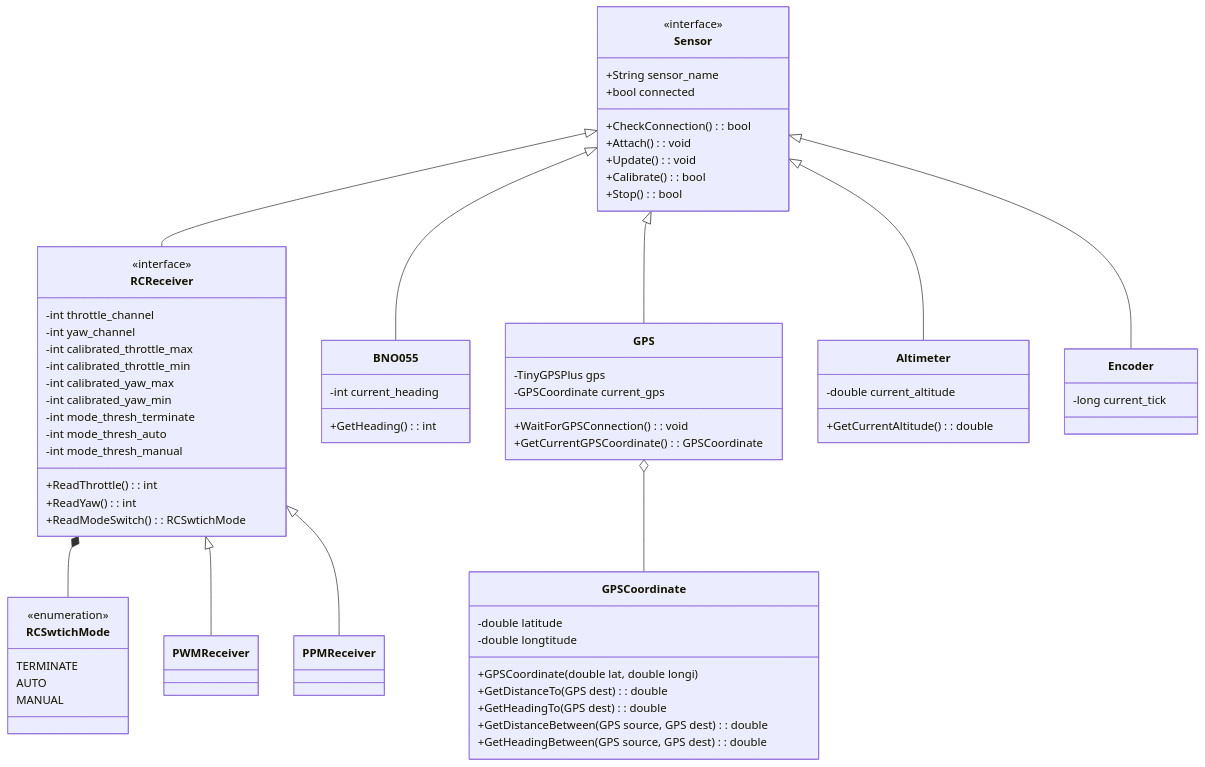
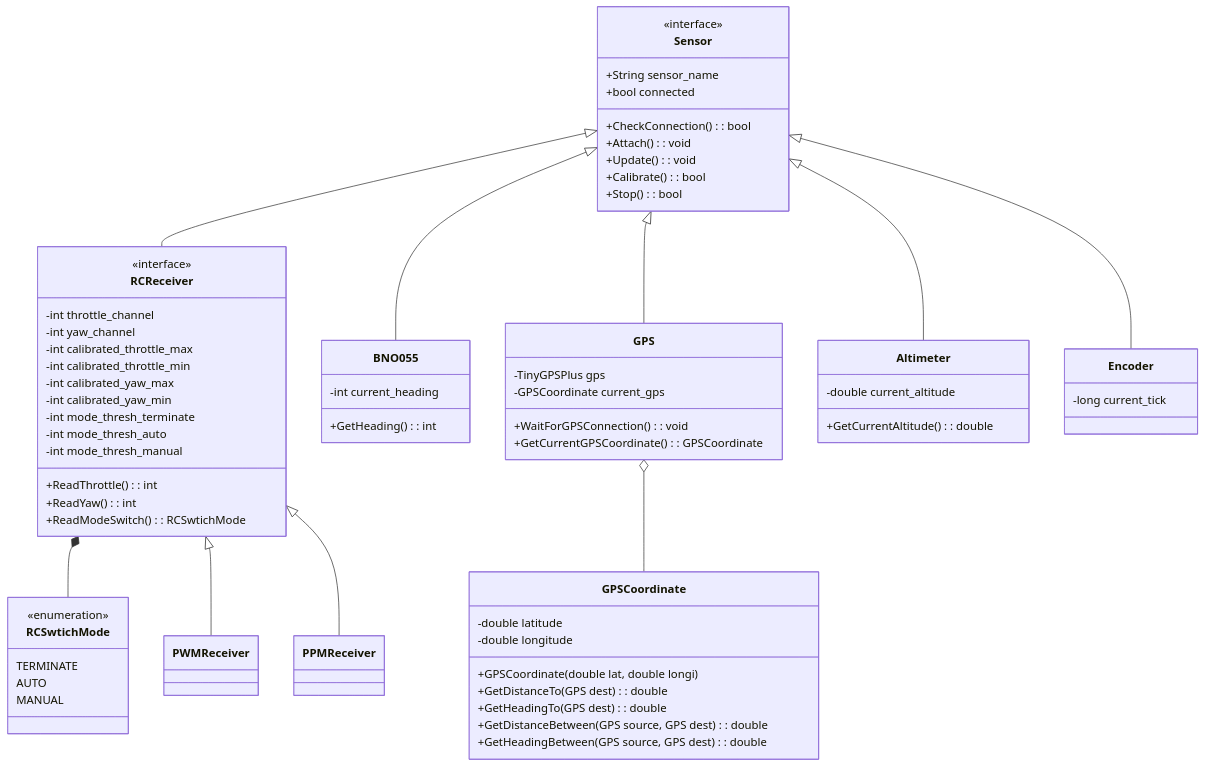
The first of 4 diagrams in docs/DESIGN.md (ubcuas/Airdrop-Software-2022), drawn with Mermaid before and after one commit. The commit also changed other lines of this file and 25 other files, not shown here.

````diff
--- a/docs/DESIGN.md
+++ b/docs/DESIGN.md
@@ -31,83 +30,83 @@
 ```mermaid
 classDiagram
 
 class Sensor {
  <<interface>>
  +String sensor_name
  +bool connected
  +CheckConnection(): bool
  +Attach(): void
  +Update(): void
  +Calibrate(): bool
  +Stop(): bool
 }
 
 Sensor <|-- RCReceiver
 RCReceiver *-- RCSwtichMode
 class RCReceiver{
  <<interface>>
 -int throttle_channel
 -int yaw_channel
 -int calibrated_throttle_max
 -int calibrated_throttle_min
 -int calibrated_yaw_max
 -int calibrated_yaw_min
 -int mode_thresh_terminate
 -int mode_thresh_auto
 -int mode_thresh_manual
 +ReadThrottle(): int
 +ReadYaw(): int
 +ReadModeSwitch(): RCSwtichMode
 }
 
 class RCSwtichMode{
   <<enumeration>>
   TERMINATE
   AUTO
   MANUAL
 }
 
 RCReceiver <|-- PWMReceiver
 
 RCReceiver <|-- PPMReceiver
 
 Sensor <|-- BNO055
 class BNO055 {
   -int current_heading
   +GetHeading(): int
 }
 
 
 Sensor <|-- GPS
 class GPS {
   -TinyGPSPlus gps
   -GPSCoordinate current_gps
   +WaitForGPSConnection(): void
   +GetCurrentGPSCoordinate(): GPSCoordinate
 }
 
 GPS o-- GPSCoordinate
 class GPSCoordinate {
   -double latitude
-  -double longtitude
+  -double longitude
   +GPSCoordinate(double lat, double longi)
   +GetDistanceTo(GPS dest): double
   +GetHeadingTo(GPS dest): double
   +GetDistanceBetween(GPS source, GPS dest): double
   +GetHeadingBetween(GPS source, GPS dest): double
 }
 
 
 Sensor <|-- Altimeter
 class Altimeter {
   -double current_altitude
   +GetCurrentAltitude(): double
 }
 
 Sensor <|-- Encoder
 class Encoder {
   -long current_tick
 }
 
 
 ```
````
